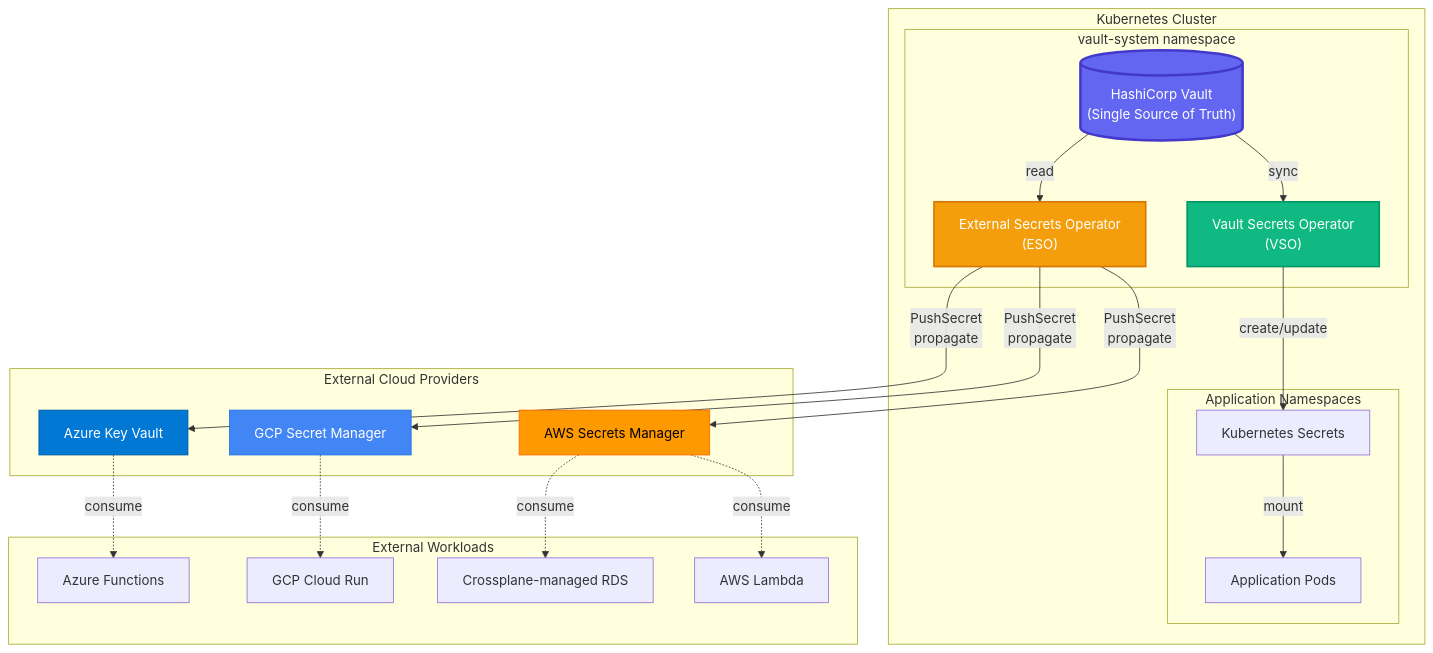
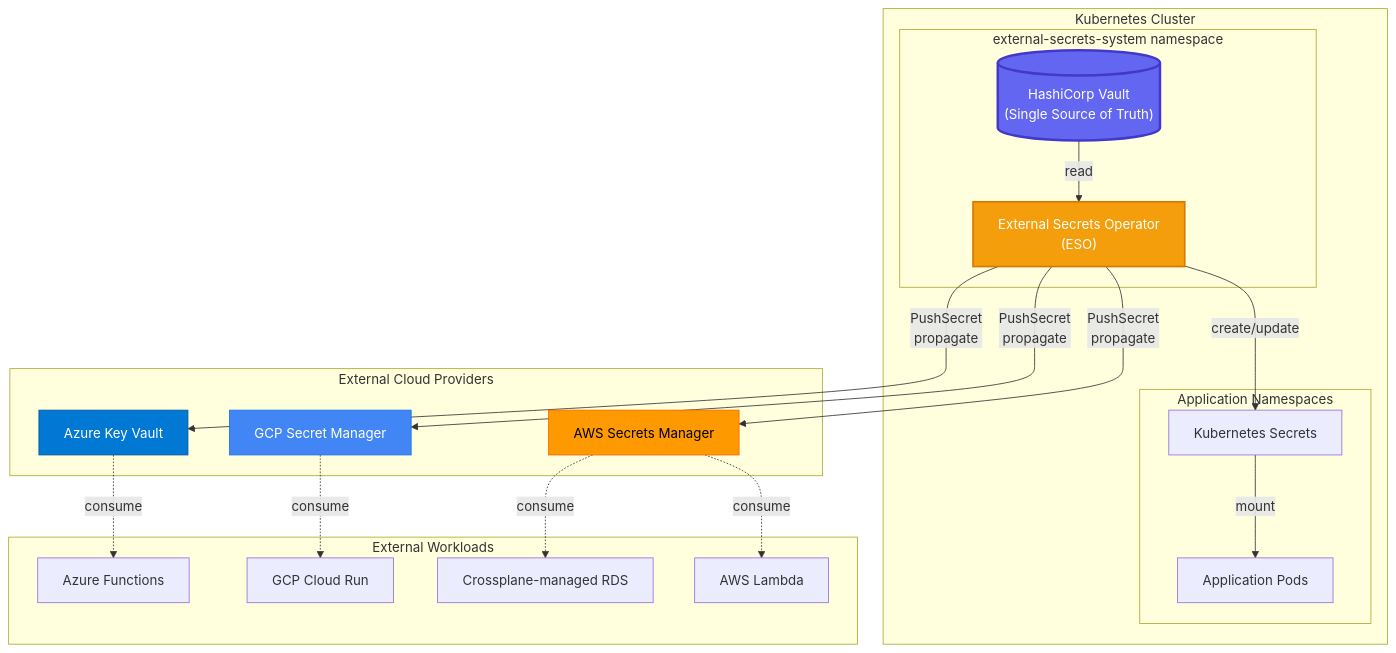
Before and after one commit to rou-cru/idp-blueprint: the diagram in IT/SECRETS-ARCHITECTURE.md, drawn with Mermaid. The commit also changed other lines of this file and 13 other files, not shown here.

First line of the commit message:
chore(docs): update architecture documentation

````diff
--- a/IT/SECRETS-ARCHITECTURE.md
+++ b/IT/SECRETS-ARCHITECTURE.md
@@ -9,50 +9,46 @@
 ```mermaid
 graph TB
     subgraph "Kubernetes Cluster"
-        subgraph "vault-system namespace"
+        subgraph "external-secrets-system namespace"
             Vault[("HashiCorp Vault<br/>(Single Source of Truth)")]
-            VSO["Vault Secrets Operator<br/>(VSO)"]
             ESO["External Secrets Operator<br/>(ESO)"]
         end
 
         subgraph "Application Namespaces"
             K8sSecrets["Kubernetes Secrets"]
             Pods["Application Pods"]
         end
 
-        Vault -->|"sync"| VSO
-        VSO -->|"create/update"| K8sSecrets
+        Vault -->|"read"| ESO
+        ESO -->|"create/update"| K8sSecrets
         K8sSecrets -->|"mount"| Pods
-
-        Vault -->|"read"| ESO
     end
 
     subgraph "External Cloud Providers"
         AWS["AWS Secrets Manager"]
         GCP["GCP Secret Manager"]
         Azure["Azure Key Vault"]
     end
 
     ESO -->|"PushSecret<br/>propagate"| AWS
     ESO -->|"PushSecret<br/>propagate"| GCP
     ESO -->|"PushSecret<br/>propagate"| Azure
 
     subgraph "External Workloads"
         Lambda["AWS Lambda"]
         CloudRun["GCP Cloud Run"]
         AzureFunc["Azure Functions"]
         CrossplaneRDS["Crossplane-managed RDS"]
     end
 
     AWS -.->|"consume"| Lambda
     AWS -.->|"consume"| CrossplaneRDS
     GCP -.->|"consume"| CloudRun
     Azure -.->|"consume"| AzureFunc
 
     style Vault fill:#6366f1,stroke:#4338ca,stroke-width:3px,color:#fff
-    style VSO fill:#10b981,stroke:#059669,stroke-width:2px,color:#fff
     style ESO fill:#f59e0b,stroke:#d97706,stroke-width:2px,color:#fff
     style AWS fill:#ff9900,stroke:#ff6600,color:#000
     style GCP fill:#4285f4,stroke:#1a73e8,color:#fff
     style Azure fill:#0078d4,stroke:#005a9e,color:#fff
 ```
````
